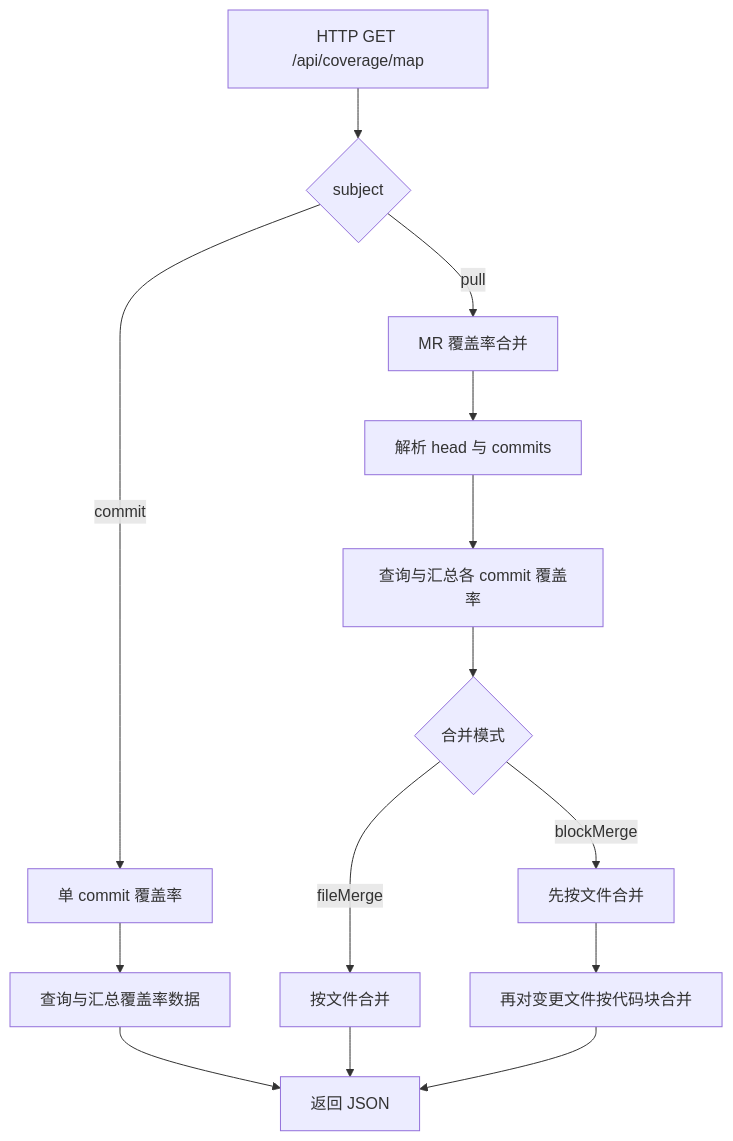
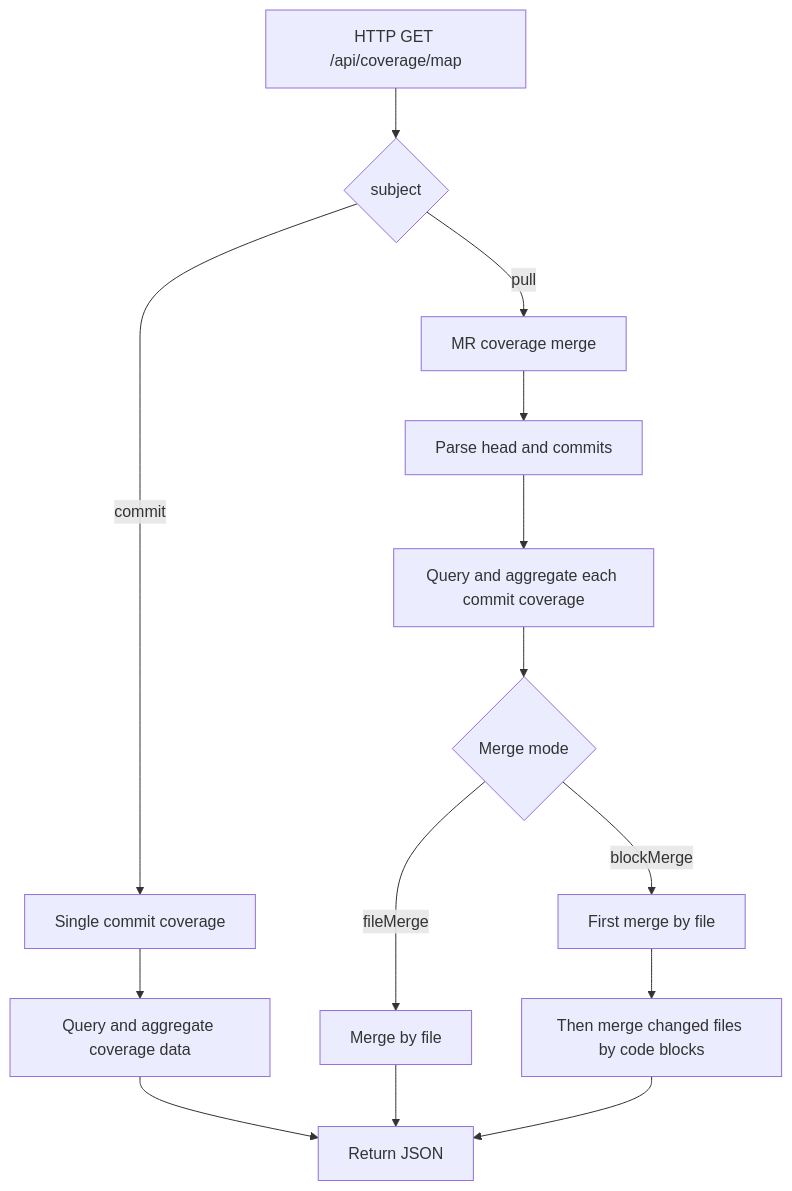
The diagram in docs/content/docs/core-concepts/regression-test-coverage-merge.mdx (canyon-project/canyon), drawn with Mermaid before and after one commit. The commit also changed other lines of this file and 28 other files, not shown here.

````diff
--- a/docs/content/docs/core-concepts/regression-test-coverage-merge.mdx
+++ b/docs/content/docs/core-concepts/regression-test-coverage-merge.mdx
@@ -44,18 +44,18 @@
 ```mermaid
 graph TD
   A[HTTP GET /api/coverage/map] --> B{subject}
-  B -->|commit| C[单 commit 覆盖率]
-  B -->|pull| D[MR 覆盖率合并]
+  B -->|commit| C[Single commit coverage]
+  B -->|pull| D[MR coverage merge]
 
-  C --> C1[查询与汇总覆盖率数据]
-  C1 --> E[返回 JSON]
+  C --> C1[Query and aggregate coverage data]
+  C1 --> E[Return JSON]
 
-  D --> D1[解析 head 与 commits]
-  D1 --> D2[查询与汇总各 commit 覆盖率]
-  D2 --> D3{合并模式}
-  D3 -->|fileMerge| D31[按文件合并]
-  D3 -->|blockMerge| D32a[先按文件合并]
-  D32a --> D32b[再对变更文件按代码块合并]
+  D --> D1[Parse head and commits]
+  D1 --> D2[Query and aggregate each commit coverage]
+  D2 --> D3{Merge mode}
+  D3 -->|fileMerge| D31[Merge by file]
+  D3 -->|blockMerge| D32a[First merge by file]
+  D32a --> D32b[Then merge changed files by code blocks]
   D31 --> E
   D32b --> E
 ```
````
